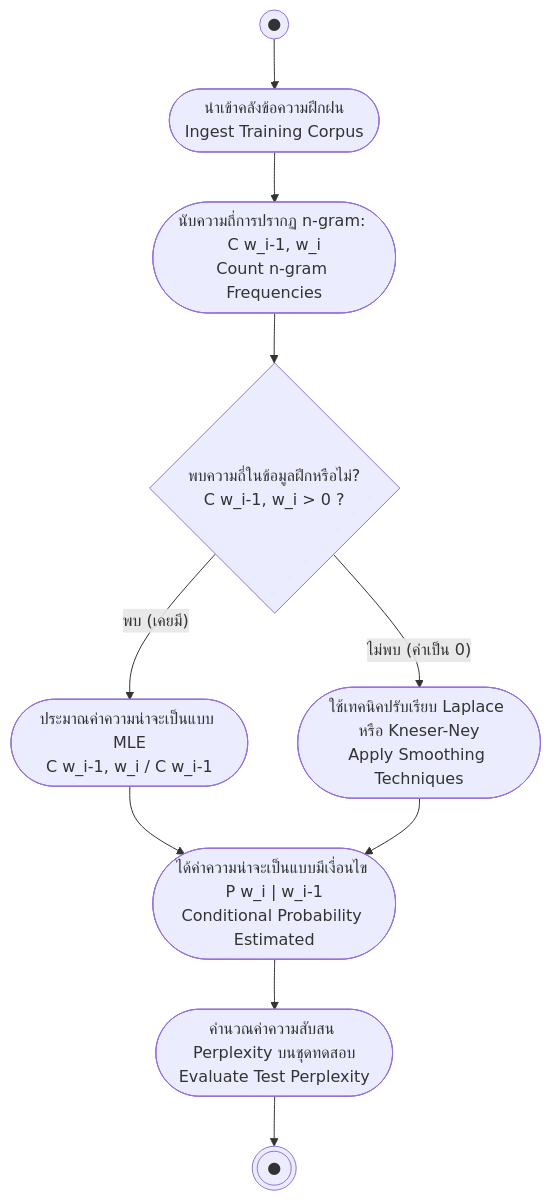
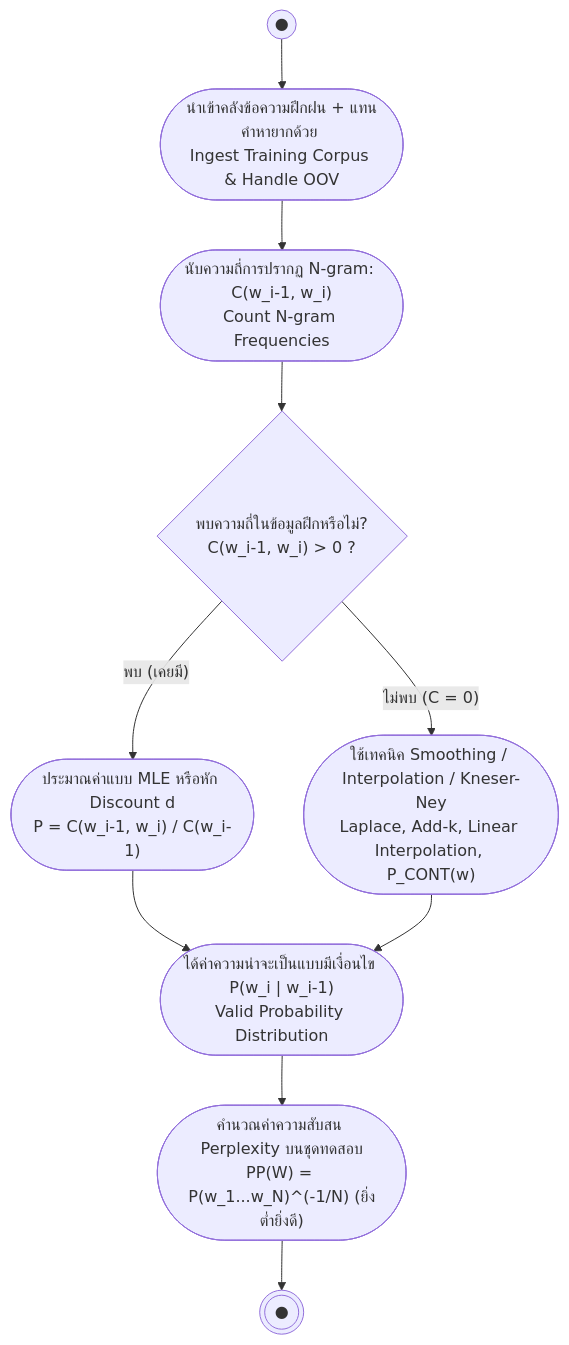
Before and after one commit to PhuriphatTyPeZ3r0/Course-1323404-Natural-Language-Processing-2026: the diagram in 01_Lectures/Week5/Language-Models-Ngrams.md, drawn with Mermaid. The commit also changed other lines of this file and 17 other files, not shown here.

````diff
--- a/01_Lectures/Week5/Language-Models-Ngrams.md
+++ b/01_Lectures/Week5/Language-Models-Ngrams.md
@@ -75,12 +229,12 @@
 ```mermaid
 flowchart TD
-    Start((●)) --> Corpus(["นำเข้าคลังข้อความฝึกฝน<br>Ingest Training Corpus"])
-    Corpus --> Count(["นับความถี่การปรากฏ n-gram: C w_i-1, w_i<br>Count n-gram Frequencies"])
-    Count --> Check{"พบความถี่ในข้อมูลฝึกหรือไม่?<br>C w_i-1, w_i > 0 ?"}
-    Check -- พบ (เคยมี) --> MLE(["ประมาณค่าความน่าจะเป็นแบบ MLE<br>C w_i-1, w_i / C w_i-1"])
-    Check -- ไม่พบ (ค่าเป็น 0) --> Smooth(["ใช้เทคนิคปรับเรียบ Laplace หรือ Kneser-Ney<br>Apply Smoothing Techniques"])
-    MLE --> Prob(["ได้ค่าความน่าจะเป็นแบบมีเงื่อนไข P w_i | w_i-1<br>Conditional Probability Estimated"])
+    Start((●)) --> Corpus(["นำเข้าคลังข้อความฝึกฝน + แทนคำหายากด้วย <UNK><br>Ingest Training Corpus & Handle OOV"])
+    Corpus --> Count(["นับความถี่การปรากฏ N-gram: C(w_i-1, w_i)<br>Count N-gram Frequencies"])
+    Count --> Check{"พบความถี่ในข้อมูลฝึกหรือไม่?<br>C(w_i-1, w_i) > 0 ?"}
+    Check -- "พบ (เคยมี)" --> MLE(["ประมาณค่าแบบ MLE หรือหัก Discount d<br>P = C(w_i-1, w_i) / C(w_i-1)"])
+    Check -- "ไม่พบ (C = 0)" --> Smooth(["ใช้เทคนิค Smoothing / Interpolation / Kneser-Ney<br>Laplace, Add-k, Linear Interpolation, P_CONT(w)"])
+    MLE --> Prob(["ได้ค่าความน่าจะเป็นแบบมีเงื่อนไข P(w_i | w_i-1)<br>Valid Probability Distribution"])
     Smooth --> Prob
-    Prob --> PP(["คำนวณค่าความสับสน Perplexity บนชุดทดสอบ<br>Evaluate Test Perplexity"])
+    Prob --> PP(["คำนวณค่าความสับสน Perplexity บนชุดทดสอบ<br>PP(W) = P(w_1...w_N)^(-1/N) (ยิ่งต่ำยิ่งดี)"])
     PP --> EndNode(((●)))
 ```
````
